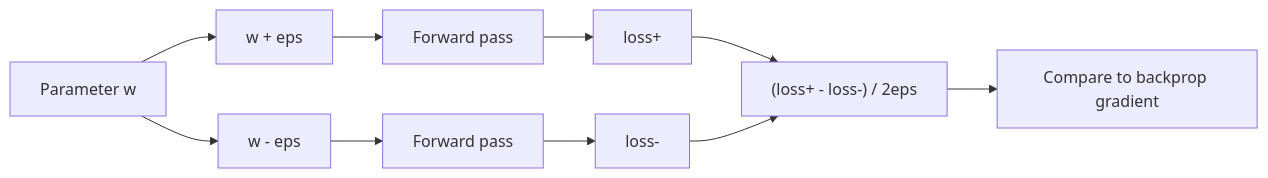
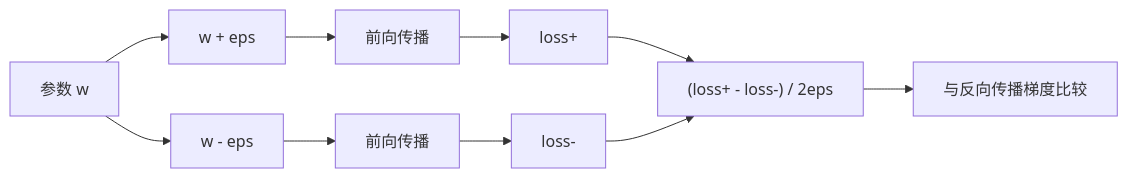
Before and after one commit to guangningsun/ailearning: the second of 5 diagrams in lessons/03-deep-learning-core/13-debugging-neural-networks/docs/zh.md, drawn with Mermaid. The commit also changed other lines of this file and 13 other files, not shown here.

````diff
--- a/lessons/03-deep-learning-core/13-debugging-neural-networks/docs/zh.md
+++ b/lessons/03-deep-learning-core/13-debugging-neural-networks/docs/zh.md
@@ -105,12 +105,12 @@
 ```mermaid
 flowchart LR
-    A["Parameter w"] --> B["w + eps"]
+    A["参数 w"] --> B["w + eps"]
     A --> C["w - eps"]
-    B --> D["Forward pass"]
-    C --> E["Forward pass"]
+    B --> D["前向传播"]
+    C --> E["前向传播"]
     D --> F["loss+"]
     E --> G["loss-"]
     F --> H["(loss+ - loss-) / 2eps"]
     G --> H
-    H --> I["Compare to backprop gradient"]
+    H --> I["与反向传播梯度比较"]
 ```
````
